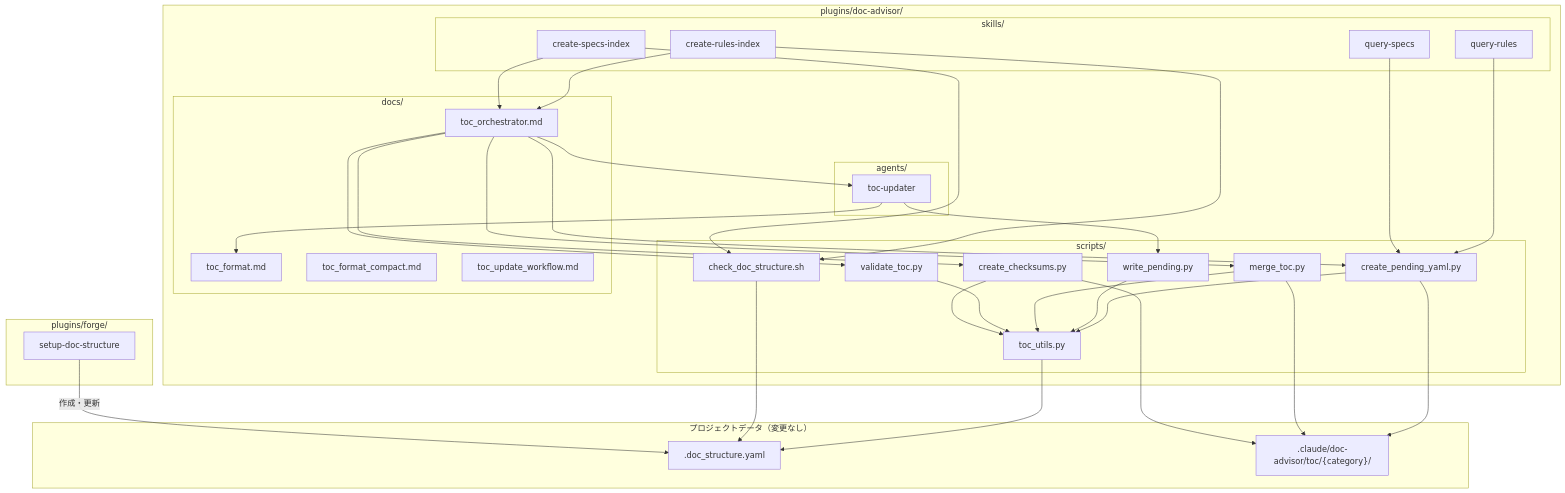
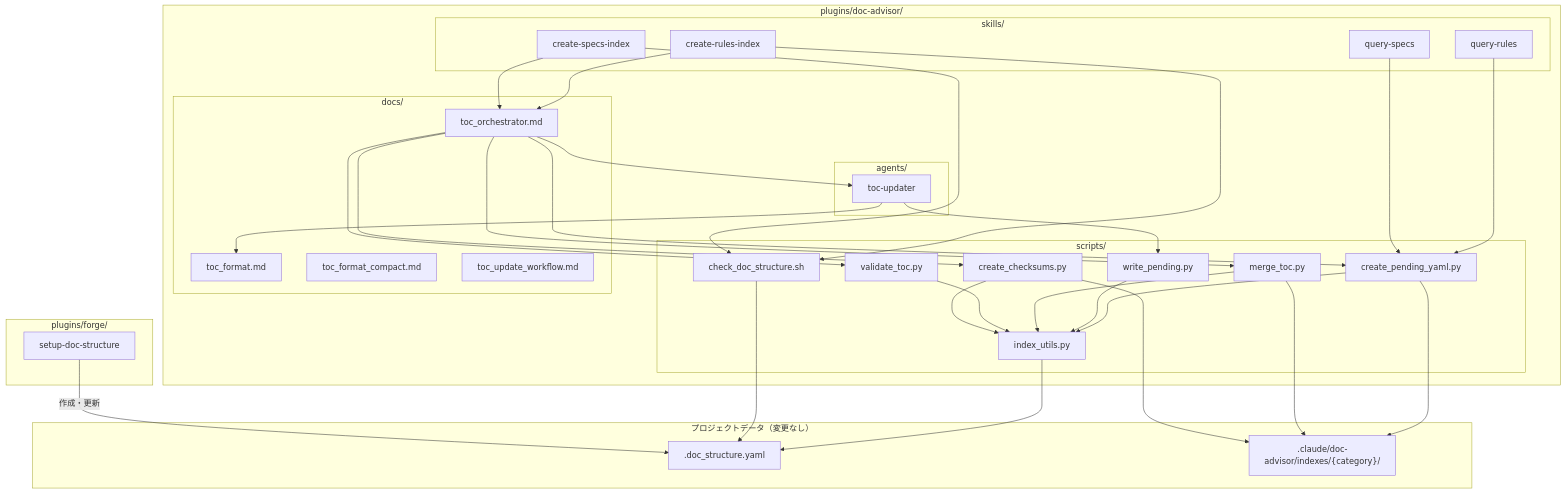
One commit to BlueEventHorizon/bw-cc-plugins changed the first of 3 diagrams in docs/specs/doc-advisor/design/DES-001_plugin_migration_design.md. Above: the diagram before and after it, drawn with Mermaid. The commit also changed other lines of this file and 16 other files, not shown here.

````diff
--- a/docs/specs/doc-advisor/design/DES-001_plugin_migration_design.md
+++ b/docs/specs/doc-advisor/design/DES-001_plugin_migration_design.md
@@ -100,63 +100,63 @@
 ```mermaid
 flowchart TB
     subgraph Plugin["plugins/doc-advisor/"]
         subgraph Skills["skills/"]
             CRT[create-rules-index]
             CST[create-specs-index]
             QR[query-rules]
             QS[query-specs]
         end
         subgraph Agents["agents/"]
             TU[toc-updater]
         end
         subgraph Scripts["scripts/"]
-            UTILS[toc_utils.py]
+            UTILS[index_utils.py]
             CPY[create_pending_yaml.py]
             WP[write_pending.py]
             MT[merge_toc.py]
             VT[validate_toc.py]
             CC[create_checksums.py]
             CDS[check_doc_structure.sh]
         end
         subgraph Docs["docs/"]
             TF[toc_format.md]
             TFC[toc_format_compact.md]
             TO[toc_orchestrator.md]
             TUW[toc_update_workflow.md]
         end
     end
 
     subgraph ProjectData["プロジェクトデータ（変更なし）"]
         DS[.doc_structure.yaml]
-        TOC[".claude/doc-advisor/toc/{category}/"]
+        TOC[".claude/doc-advisor/indexes/{category}/"]
     end
 
     subgraph Forge["plugins/forge/"]
         SDS[setup-doc-structure]
     end
 
     CRT --> TO
     CST --> TO
     CRT --> CDS
     CST --> CDS
     QR --> CPY
     QS --> CPY
     TO --> CPY
     TO --> TU
     TO --> MT
     TO --> VT
     TO --> CC
     TU --> WP
     TU --> TF
     CPY --> UTILS
     WP --> UTILS
     MT --> UTILS
     VT --> UTILS
     CC --> UTILS
     UTILS --> DS
     CDS --> DS
     SDS -->|作成・更新| DS
     CPY --> TOC
     MT --> TOC
     CC --> TOC
 ```
````
